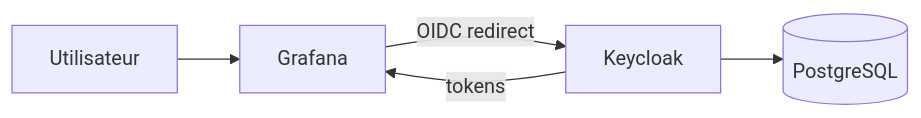
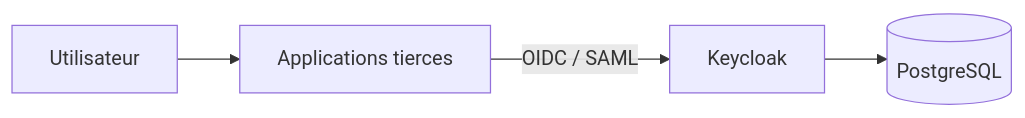
One commit to RobinThiriet/Keycloak changed the diagram in README.md. Above: the diagram before and after it, drawn with Mermaid. The commit also changed other lines of this file and 6 other files, not shown here.

````diff
--- a/README.md
+++ b/README.md
@@ -24,12 +23,11 @@
 ```mermaid
 flowchart LR
     U[Utilisateur]
-    G[Grafana]
+    A[Applications tierces]
     K[Keycloak]
     P[(PostgreSQL)]
 
-    U --> G
-    G -->|OIDC redirect| K
-    K -->|tokens| G
+    U --> A
+    A -->|OIDC / SAML| K
     K --> P
 ```
````
